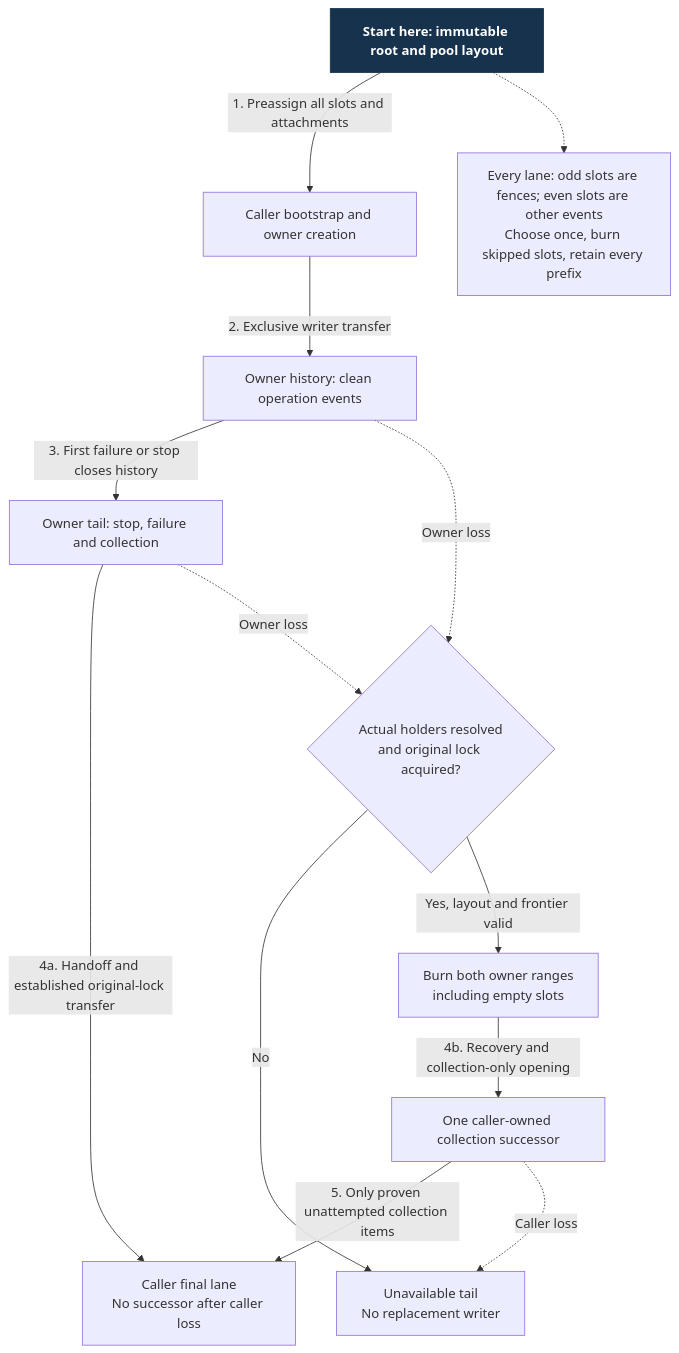
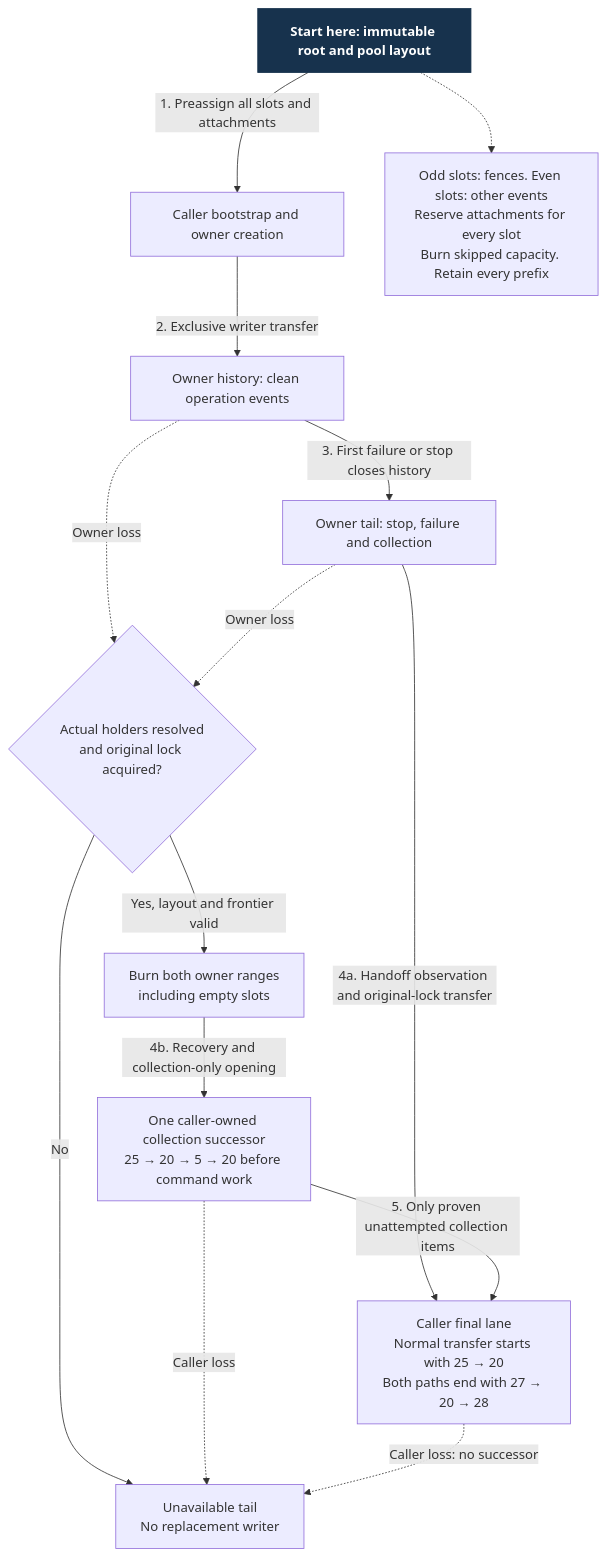
Before and after one commit to Linkuistics/Koine: the diagram in docs/design/architecture/settings-activation/keepalive-records.mmd, drawn with Mermaid. The commit also changed 8 other files, not shown here.

```diff
--- a/docs/design/architecture/settings-activation/keepalive-records.mmd
+++ b/docs/design/architecture/settings-activation/keepalive-records.mmd
@@ -1,24 +1,25 @@
 flowchart TD
     start["Start here: immutable root and pool layout"]:::start
     bootstrap["Caller bootstrap and owner creation"]
     history["Owner history: clean operation events"]
     tail["Owner tail: stop, failure and collection"]
     resolve{"Actual holders resolved<br/>and original lock acquired?"}
     burn["Burn both owner ranges<br/>including empty slots"]
-    successor["One caller-owned collection successor"]
-    final["Caller final lane<br/>No successor after caller loss"]
+    successor["One caller-owned collection successor<br/>25 → 20 → 5 → 20 before command work"]
+    final["Caller final lane<br/>Normal transfer starts with 25 → 20<br/>Both paths end with 27 → 20 → 28"]
     unknown["Unavailable tail<br/>No replacement writer"]
-    rule["Every lane: odd slots are fences; even slots are other events<br/>Choose once, burn skipped slots, retain every prefix"]
+    rule["Odd slots: fences. Even slots: other events<br/>Reserve attachments for every slot<br/>Burn skipped capacity. Retain every prefix"]
     start -->|1. Preassign all slots and attachments| bootstrap
     bootstrap -->|2. Exclusive writer transfer| history
     history -->|3. First failure or stop closes history| tail
-    tail -->|4a. Handoff and established original-lock transfer| final
+    tail -->|4a. Handoff observation and original-lock transfer| final
     history -.->|Owner loss| resolve
     tail -.->|Owner loss| resolve
     resolve -->|No| unknown
     resolve -->|Yes, layout and frontier valid| burn
     burn -->|4b. Recovery and collection-only opening| successor
     successor -->|5. Only proven unattempted collection items| final
     successor -.->|Caller loss| unknown
+    final -.->|Caller loss: no successor| unknown
     start -.-> rule
     classDef start fill:#17324d,color:#fff,font-weight:bold,stroke:#17324d
```
